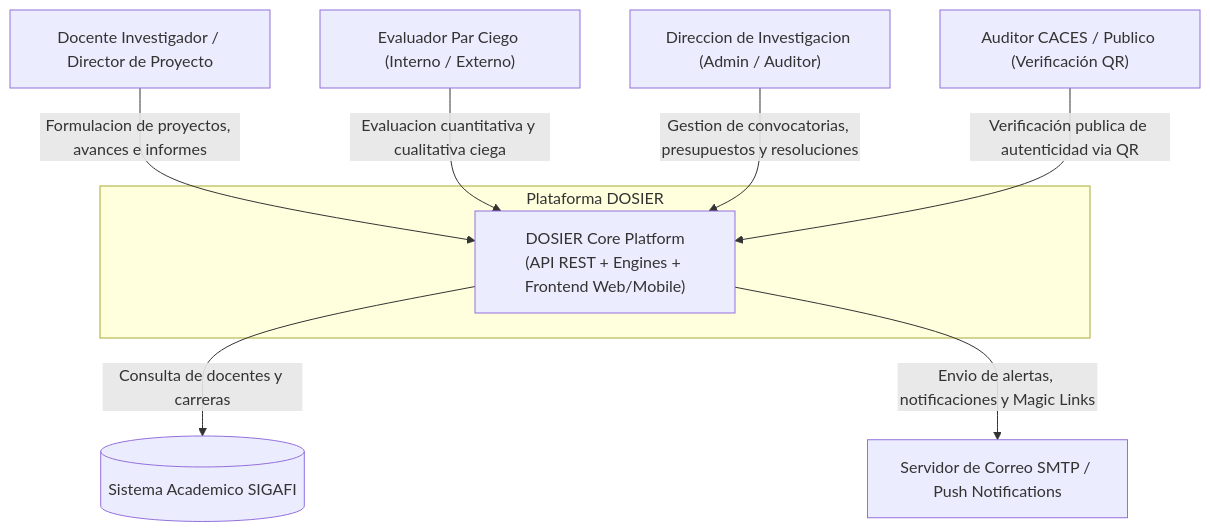
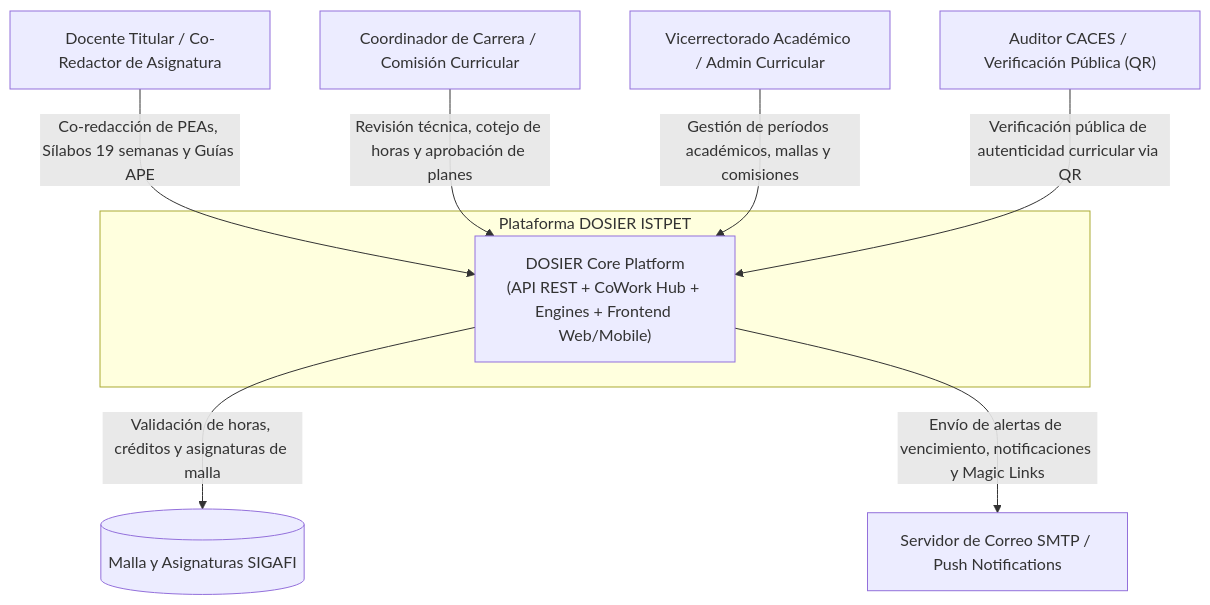
One commit to JorgeDoicela/dosier changed the second of 3 diagrams in docs/documentacion/01-arquitectura/01-macro-arquitectura-clean-arch.md. Above: the diagram before and after it, drawn with Mermaid. The commit also changed other lines of this file and 29 other files, not shown here.

````diff
--- a/docs/documentacion/01-arquitectura/01-macro-arquitectura-clean-arch.md
+++ b/docs/documentacion/01-arquitectura/01-macro-arquitectura-clean-arch.md
@@ -56,22 +62,22 @@
 ```mermaid
 graph TD
-    Docente["Docente Investigador / Director de Proyecto"]
-    Evaluador["Evaluador Par Ciego (Interno / Externo)"]
-    Admin["Direccion de Investigacion (Admin / Auditor)"]
-    AuditorCACES["Auditor CACES / Publico (Verificación QR)"]
+    Docente["Docente Titular / Co-Redactor de Asignatura"]
+    Comision["Coordinador de Carrera / Comisión Curricular"]
+    Admin["Vicerrectorado Académico / Admin Curricular"]
+    AuditorCACES["Auditor CACES / Verificación Pública (QR)"]
 
-    subgraph DOSIERSystem ["Plataforma DOSIER"]
-        CoreSystem["DOSIER Core Platform\n(API REST + Engines + Frontend Web/Mobile)"]
+    subgraph DOSIERSystem ["Plataforma DOSIER ISTPET"]
+        CoreSystem["DOSIER Core Platform\n(API REST + CoWork Hub + Engines + Frontend Web/Mobile)"]
     end
 
-    SIGAFI[("Sistema Academico SIGAFI")]
+    SIGAFI[("Malla y Asignaturas SIGAFI")]
     SMTPService["Servidor de Correo SMTP / Push Notifications"]
 
-    Docente -->|Formulacion de proyectos, avances e informes| CoreSystem
-    Evaluador -->|Evaluacion cuantitativa y cualitativa ciega| CoreSystem
-    Admin -->|Gestion de convocatorias, presupuestos y resoluciones| CoreSystem
-    AuditorCACES -->|Verificación publica de autenticidad via QR| CoreSystem
+    Docente -->|Co-redacción de PEAs, Sílabos 19 semanas y Guías APE| CoreSystem
+    Comision -->|Revisión técnica, cotejo de horas y aprobación de planes| CoreSystem
+    Admin -->|Gestión de períodos académicos, mallas y comisiones| CoreSystem
+    AuditorCACES -->|Verificación pública de autenticidad curricular via QR| CoreSystem
 
-    CoreSystem -->|Consulta de docentes y carreras| SIGAFI
-    CoreSystem -->|Envio de alertas, notificaciones y Magic Links| SMTPService
+    CoreSystem -->|Validación de horas, créditos y asignaturas de malla| SIGAFI
+    CoreSystem -->|Envío de alertas de vencimiento, notificaciones y Magic Links| SMTPService
 ```
````
